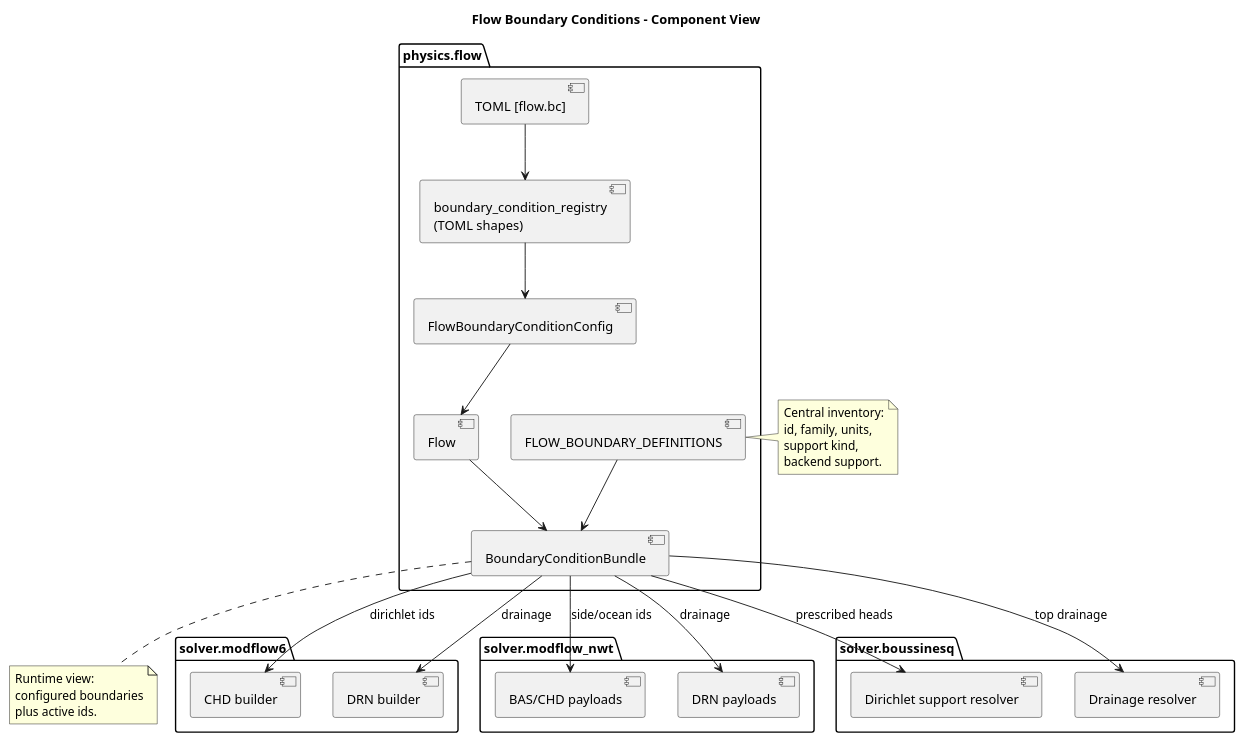
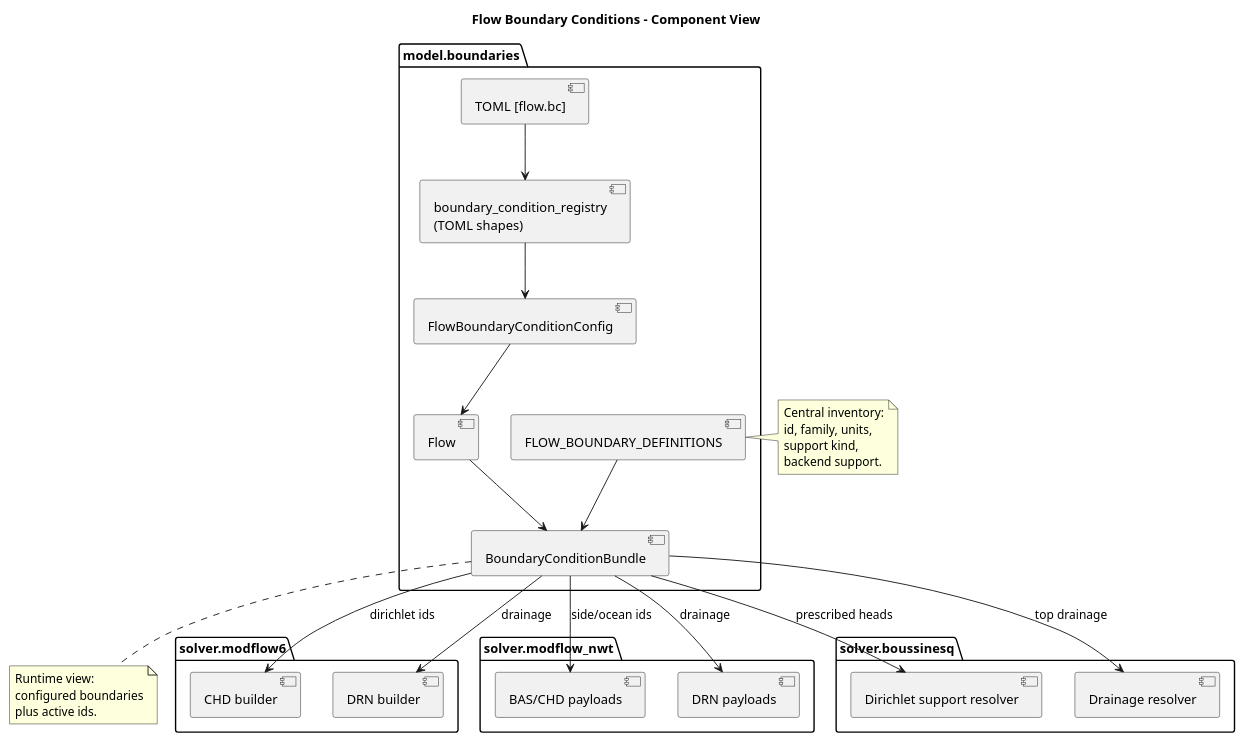
One commit to HydroModPy/HydroModPy changed the diagram in docs/source/contribute/architecture/process/diagrams/flow_boundary_conditions_components.wsd. Above: the diagram before and after it, drawn with PlantUML. The commit also changed 795 other files, not shown here.

Commit message:
refactor(model): create model, dissolve physics and simulation

```diff
--- a/docs/source/contribute/architecture/process/diagrams/flow_boundary_conditions_components.wsd
+++ b/docs/source/contribute/architecture/process/diagrams/flow_boundary_conditions_components.wsd
@@ -1,53 +1,53 @@
 @startuml
 title Flow Boundary Conditions - Component View
 
-package "physics.flow" {
+package "model.boundaries" {
   component "TOML [flow.bc]" as Toml
   component "boundary_condition_registry\n(TOML shapes)" as Normalizer
   component "FlowBoundaryConditionConfig" as BoundaryConfig
   component "FLOW_BOUNDARY_DEFINITIONS" as Registry
   component "BoundaryConditionBundle" as Bundle
   component "Flow" as FlowRuntime
 }
 
 package "solver.modflow6" {
   component "CHD builder" as Mf6Chd
   component "DRN builder" as Mf6Drn
 }
 
 package "solver.modflow_nwt" {
   component "BAS/CHD payloads" as NwtChd
   component "DRN payloads" as NwtDrn
 }
 
 package "solver.boussinesq" {
   component "Dirichlet support resolver" as BoussDirichlet
   component "Drainage resolver" as BoussDrainage
 }
 
 Toml --> Normalizer
 Normalizer --> BoundaryConfig
 BoundaryConfig --> FlowRuntime
 Registry --> Bundle
 FlowRuntime --> Bundle
 
 Bundle --> Mf6Chd : dirichlet ids
 Bundle --> Mf6Drn : drainage
 Bundle --> NwtChd : side/ocean ids
 Bundle --> NwtDrn : drainage
 Bundle --> BoussDirichlet : prescribed heads
 Bundle --> BoussDrainage : top drainage
 
 note right of Registry
   Central inventory:
   id, family, units,
   support kind,
   backend support.
 end note
 
 note bottom of Bundle
   Runtime view:
   configured boundaries
   plus active ids.
 end note
 @enduml
```
